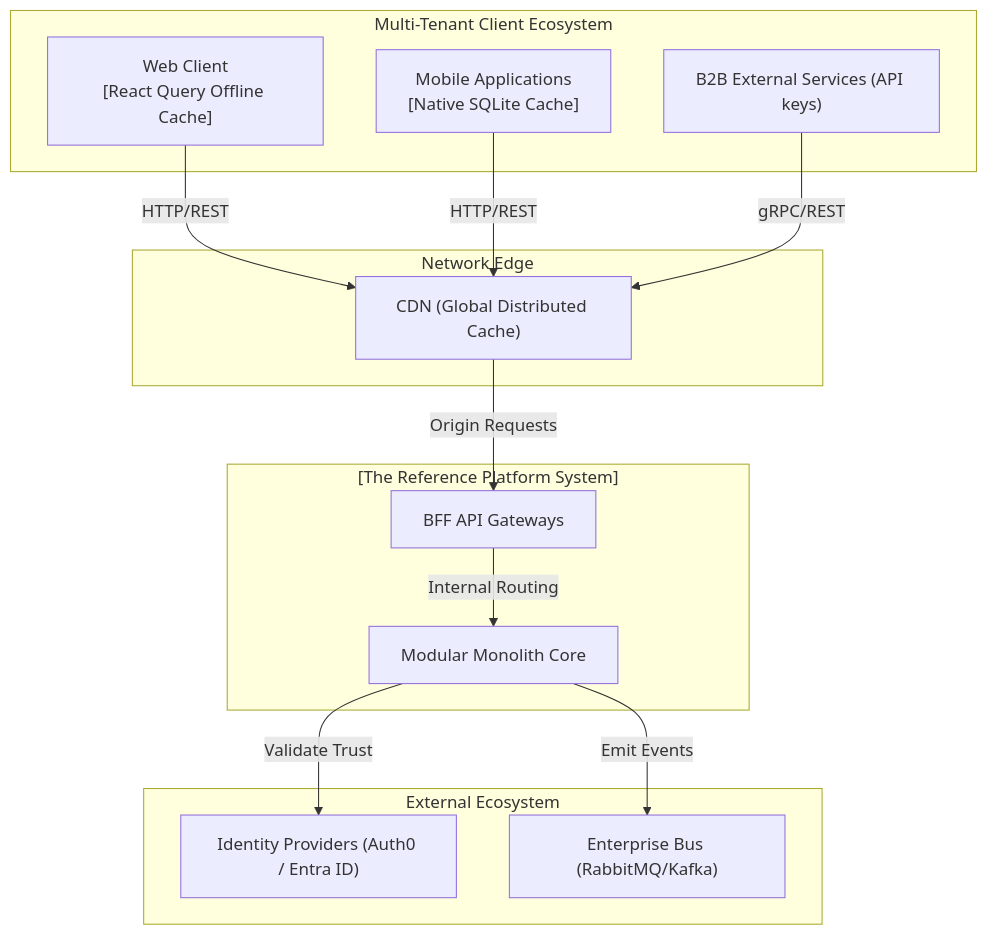
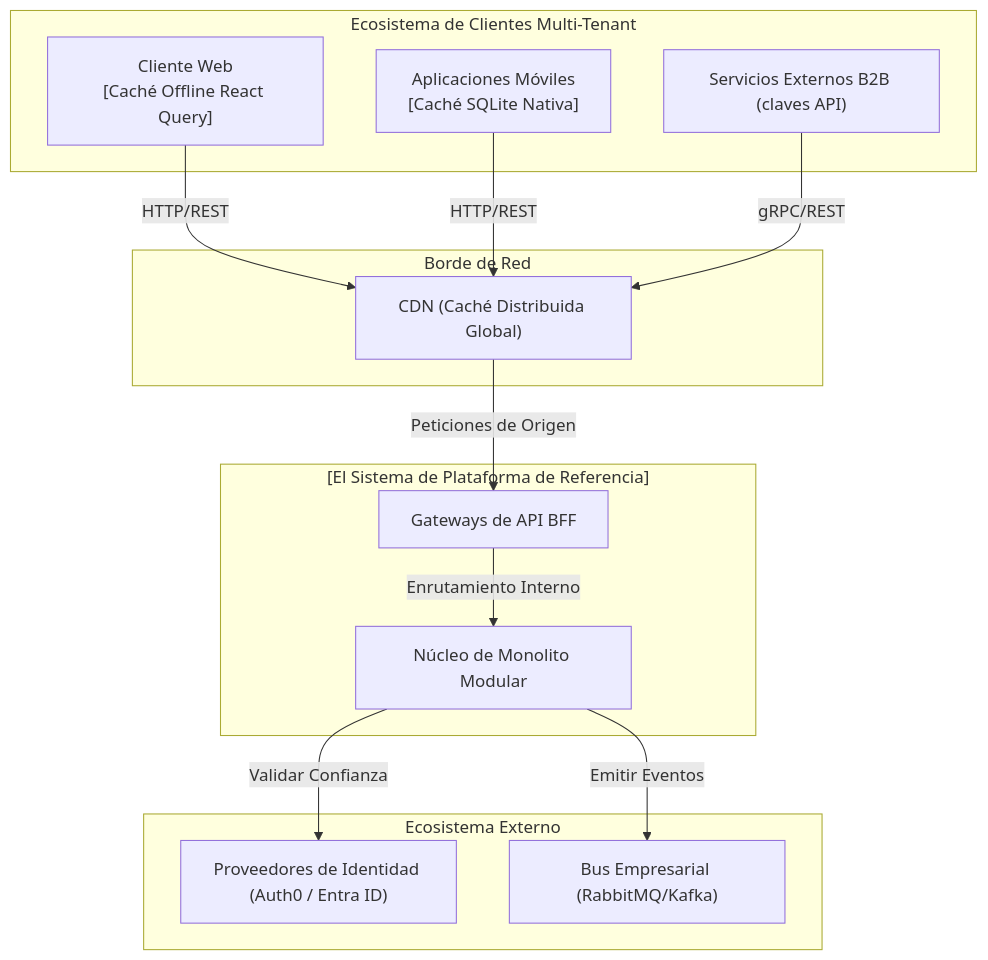
Before and after one commit to beyondnetcode/arc32_progresive_monolith: the first of 3 diagrams in arc-corporate-ws/corporate-standards-es/01-architecture/c4-topology-spec.md, drawn with Mermaid. The commit also changed other lines of this file and 89 other files, not shown here.

````diff
--- a/arc-corporate-ws/corporate-standards-es/01-architecture/c4-topology-spec.md
+++ b/arc-corporate-ws/corporate-standards-es/01-architecture/c4-topology-spec.md
@@ -12,32 +12,32 @@
 ```mermaid
 graph TD
-    subgraph Clients["Multi-Tenant Client Ecosystem"]
-        WebPortal["Web Client\n[React Query Offline Cache]"]
-        MobileApp["Mobile Applications\n[Native SQLite Cache]"]
-        ThirdParty["B2B External Services (API keys)"]
+    subgraph Clients["Ecosistema de Clientes Multi-Tenant"]
+        WebPortal["Cliente Web\n[Caché Offline React Query]"]
+        MobileApp["Aplicaciones Móviles\n[Caché SQLite Nativa]"]
+        ThirdParty["Servicios Externos B2B (claves API)"]
     end
 
-    subgraph EdgeNet["Network Edge"]
-        CDN["CDN (Global Distributed Cache)"]
+    subgraph EdgeNet["Borde de Red"]
+        CDN["CDN (Caché Distribuida Global)"]
     end
 
-    subgraph CoreSystem["[The Reference Platform System]"]
-        MainCore["Modular Monolith Core"]
-        BFFGateway["BFF API Gateways"]
+    subgraph CoreSystem["[El Sistema de Plataforma de Referencia]"]
+        MainCore["Núcleo de Monolito Modular"]
+        BFFGateway["Gateways de API BFF"]
     end
 
-    subgraph ExternalDependencies["External Ecosystem"]
-        ExternalIdP["Identity Providers (Auth0 / Entra ID)"]
-        MessageBus["Enterprise Bus (RabbitMQ/Kafka)"]
+    subgraph ExternalDependencies["Ecosistema Externo"]
+        ExternalIdP["Proveedores de Identidad (Auth0 / Entra ID)"]
+        MessageBus["Bus Empresarial (RabbitMQ/Kafka)"]
     end
 
     WebPortal -->|HTTP/REST| CDN
     MobileApp -->|HTTP/REST| CDN
     ThirdParty -->|gRPC/REST| CDN
     
-    CDN -->|Origin Requests| BFFGateway
-    BFFGateway -->|Internal Routing| MainCore
+    CDN -->|Peticiones de Origen| BFFGateway
+    BFFGateway -->|Enrutamiento Interno| MainCore
     
-    MainCore -->|Validate Trust| ExternalIdP
-    MainCore -->|Emit Events| MessageBus
+    MainCore -->|Validar Confianza| ExternalIdP
+    MainCore -->|Emitir Eventos| MessageBus
 ```
````
